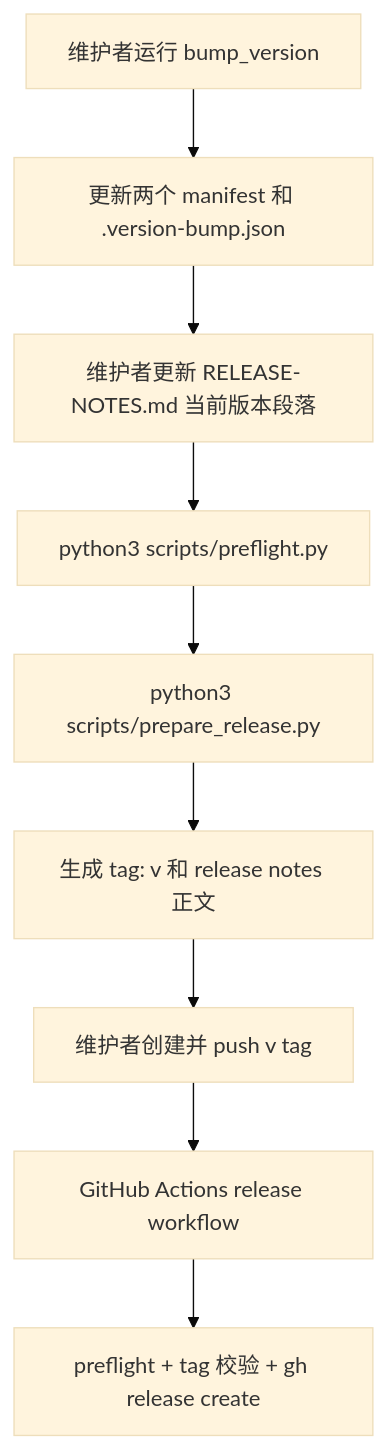
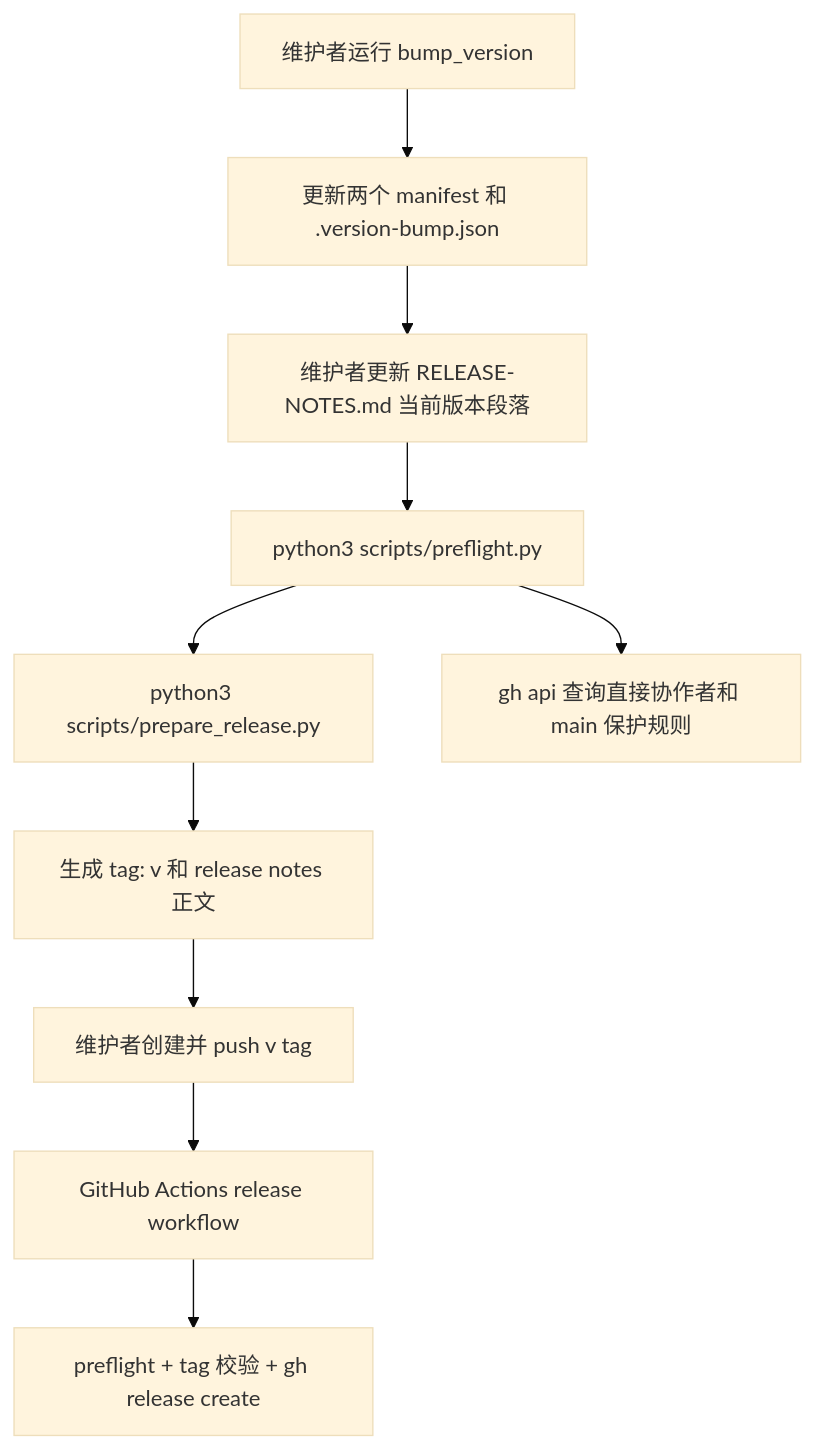
The diagram in docs/coding-plugins/features/plugin/release-management/technical/technical-design.md (Vincen-dev/coding-plugins), drawn with Mermaid (base theme) before and after one commit. The commit also changed other lines of this file and 15 other files, not shown here.

````diff
--- a/docs/coding-plugins/features/plugin/release-management/technical/technical-design.md
+++ b/docs/coding-plugins/features/plugin/release-management/technical/technical-design.md
@@ -51,11 +53,12 @@
 ```mermaid
 flowchart TD
   A["维护者运行 bump_version"] --> B["更新两个 manifest 和 .version-bump.json"]
   B --> C["维护者更新 RELEASE-NOTES.md 当前版本段落"]
   C --> D["python3 scripts/preflight.py"]
   D --> E["python3 scripts/prepare_release.py"]
   E --> F["生成 tag: v<version> 和 release notes 正文"]
   F --> G["维护者创建并 push v<version> tag"]
   G --> H["GitHub Actions release workflow"]
   H --> I["preflight + tag 校验 + gh release create"]
+  D --> J["gh api 查询直接协作者和 main 保护规则"]
 ```
````
